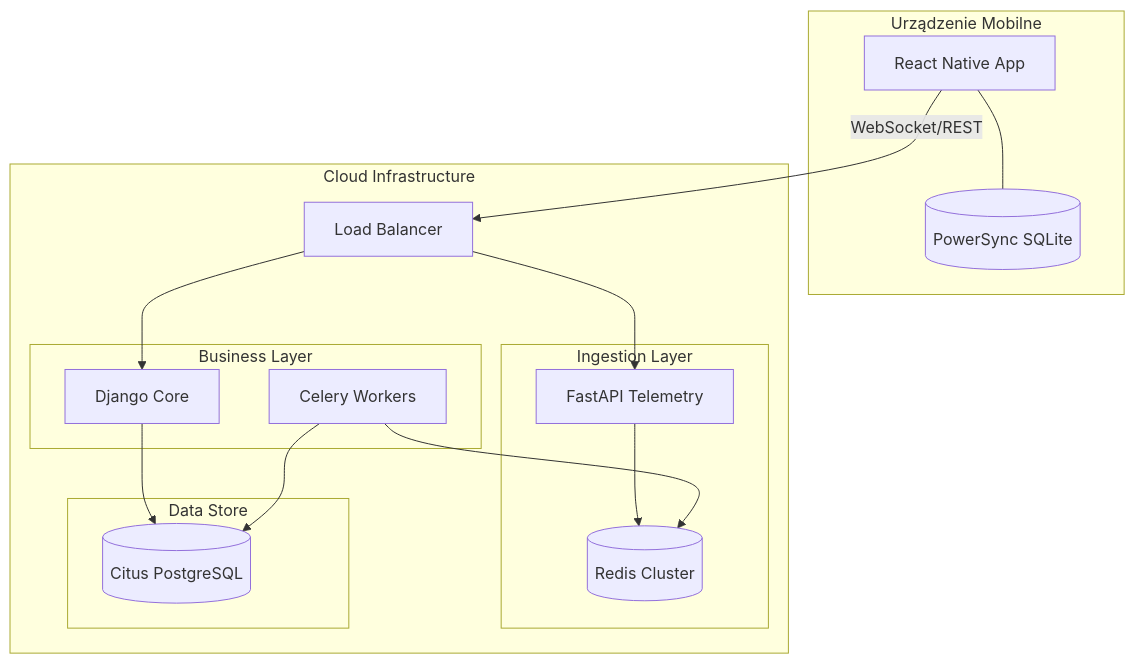
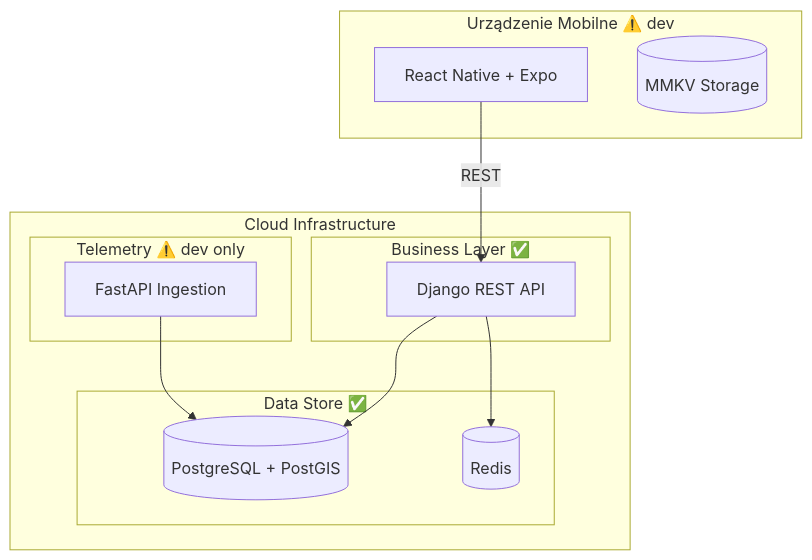
Before and after one commit to karnalooch/stunning-pancake: the second of 3 diagrams in docs/diagrams/architecture_c4.md, drawn with Mermaid. The commit also changed other lines of this file and 13 other files, not shown here.

````diff
--- a/docs/diagrams/architecture_c4.md
+++ b/docs/diagrams/architecture_c4.md
@@ -19,34 +21,27 @@
 ```mermaid
 graph TB
-    subgraph "Urządzenie Mobilne"
-        App[React Native App]
-        DB_Local[(PowerSync SQLite)]
-        App --- DB_Local
+    subgraph "Urządzenie Mobilne ⚠️ dev"
+        App[React Native + Expo]
+        DB_Local[(MMKV Storage)]
     end
 
     subgraph "Cloud Infrastructure"
-        LB[Load Balancer]
-        
-        subgraph "Ingestion Layer"
-            FastAPI[FastAPI Telemetry]
-            Redis[(Redis Cluster)]
+        subgraph "Business Layer ✅"
+            Django[Django REST API]
         end
         
-        subgraph "Business Layer"
-            Django[Django Core]
-            Celery[Celery Workers]
+        subgraph "Telemetry ⚠️ dev only"
+            FastAPI[FastAPI Ingestion]
         end
         
-        subgraph "Data Store"
-            Citus[(Citus PostgreSQL)]
+        subgraph "Data Store ✅"
+            Postgres[(PostgreSQL + PostGIS)]
+            Redis[(Redis)]
         end
     end
 
-    App -->|WebSocket/REST| LB
-    LB --> FastAPI
-    LB --> Django
-    FastAPI --> Redis
-    Django --> Citus
-    Celery --> Citus
-    Celery --> Redis
+    App -->|REST| Django
+    Django --> Postgres
+    Django --> Redis
+    FastAPI --> Postgres
 ```
````
